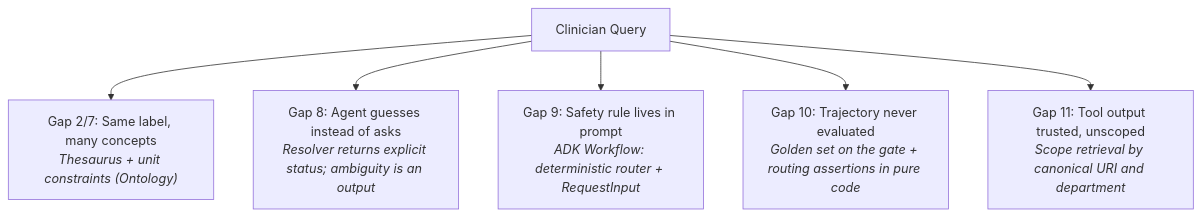
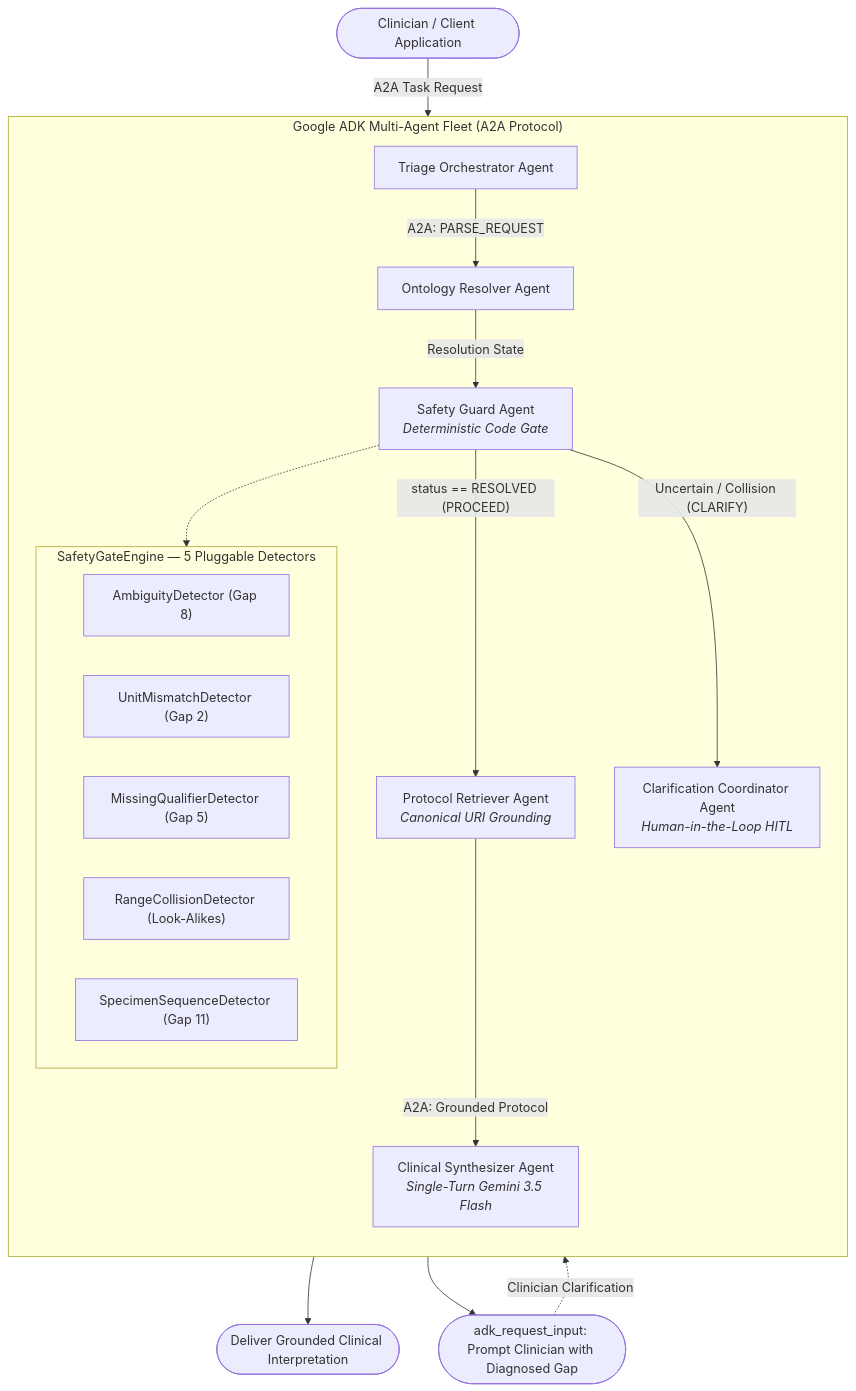
One commit to amitpuri/multiagent-retrieval-gaps changed the diagram in README.md. Above: the diagram before and after it, drawn with Mermaid. The commit also changed other lines of this file and 35 other files, not shown here.

Commit message:
Google ADK based agentic AI solution - refactored - retrieval gap

````diff
--- a/README.md
+++ b/README.md
@@ -131,10 +48,30 @@
 ```mermaid
 flowchart TD
-    Query["Clinician Query"]
+    Clinician([Clinician / Client Application]) -->|A2A Task Request| Triage[Triage Orchestrator Agent]
 
-    Query --> G2["Gap 2/7: Same label, many concepts<br/><i>Thesaurus + unit constraints (Ontology)</i>"]
-    Query --> G8["Gap 8: Agent guesses instead of asks<br/><i>Resolver returns explicit status; ambiguity is an output</i>"]
-    Query --> G9["Gap 9: Safety rule lives in prompt<br/><i>ADK Workflow: deterministic router + RequestInput</i>"]
-    Query --> G10["Gap 10: Trajectory never evaluated<br/><i>Golden set on the gate + routing assertions in pure code</i>"]
-    Query --> G11["Gap 11: Tool output trusted, unscoped<br/><i>Scope retrieval by canonical URI and department</i>"]
+    subgraph MultiAgent_Fleet["Google ADK Multi-Agent Fleet (A2A Protocol)"]
+        direction TB
+
+        Triage -->|A2A: PARSE_REQUEST| OntologyAgent[Ontology Resolver Agent]
+        OntologyAgent -->|Resolution State| SafetyGuard[Safety Guard Agent<br/><i>Deterministic Code Gate</i>]
+
+        subgraph Gap_Detectors["SafetyGateEngine — 5 Pluggable Detectors"]
+            AmbiguityDet["AmbiguityDetector (Gap 8)"]
+            UnitMismatchDet["UnitMismatchDetector (Gap 2)"]
+            MissingQualDet["MissingQualifierDetector (Gap 5)"]
+            RangeCollisionDet["RangeCollisionDetector (Look-Alikes)"]
+            SpecimenSeqDet["SpecimenSequenceDetector (Gap 11)"]
+        end
+
+        SafetyGuard -.-> Gap_Detectors
+
+        SafetyGuard -- "status == RESOLVED (PROCEED)" --> ProtocolAgent[Protocol Retriever Agent<br/><i>Canonical URI Grounding</i>]
+        ProtocolAgent -->|A2A: Grounded Protocol| SynthesisAgent[Clinical Synthesizer Agent<br/><i>Single-Turn Gemini 3.5 Flash</i>]
+
+        SafetyGuard -- "Uncertain / Collision (CLARIFY)" --> ClarifyAgent[Clarification Coordinator Agent<br/><i>Human-in-the-Loop HITL</i>]
+    end
+
+    SynthesisAgent --> Deliver([Deliver Grounded Clinical Interpretation])
+    ClarifyAgent --> RequestInput([adk_request_input: Prompt Clinician with Diagnosed Gap])
+    RequestInput -.->|Clinician Clarification| Triage
 ```
````
